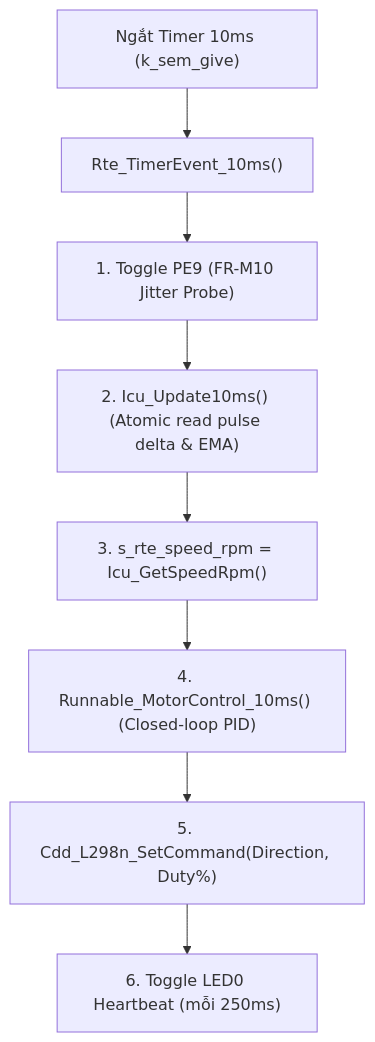
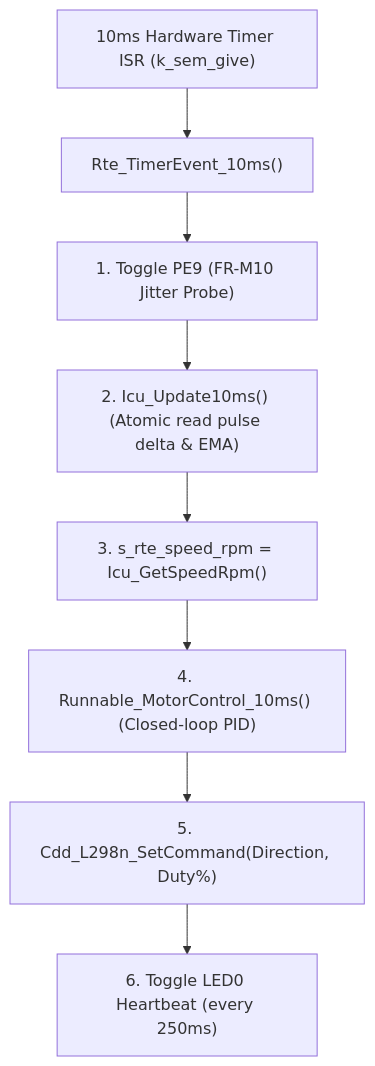
The diagram in docs/week2_review.md (dobuuphuoc/stm32mp157d-dk1-automotive-gateway), drawn with Mermaid before and after one commit. The commit also changed other lines of this file and 17 other files, not shown here.

````diff
--- a/docs/week2_review.md
+++ b/docs/week2_review.md
@@ -165,10 +165,10 @@
 ```mermaid
 flowchart TD
-    A["Ngắt Timer 10ms (k_sem_give)"] --> B["Rte_TimerEvent_10ms()"]
+    A["10ms Hardware Timer ISR (k_sem_give)"] --> B["Rte_TimerEvent_10ms()"]
     B --> C["1. Toggle PE9 (FR-M10 Jitter Probe)"]
     C --> D["2. Icu_Update10ms() (Atomic read pulse delta & EMA)"]
     D --> E["3. s_rte_speed_rpm = Icu_GetSpeedRpm()"]
     E --> F["4. Runnable_MotorControl_10ms() (Closed-loop PID)"]
     F --> G["5. Cdd_L298n_SetCommand(Direction, Duty%)"]
-    G --> H["6. Toggle LED0 Heartbeat (mỗi 250ms)"]
+    G --> H["6. Toggle LED0 Heartbeat (every 250ms)"]
 ```
````
